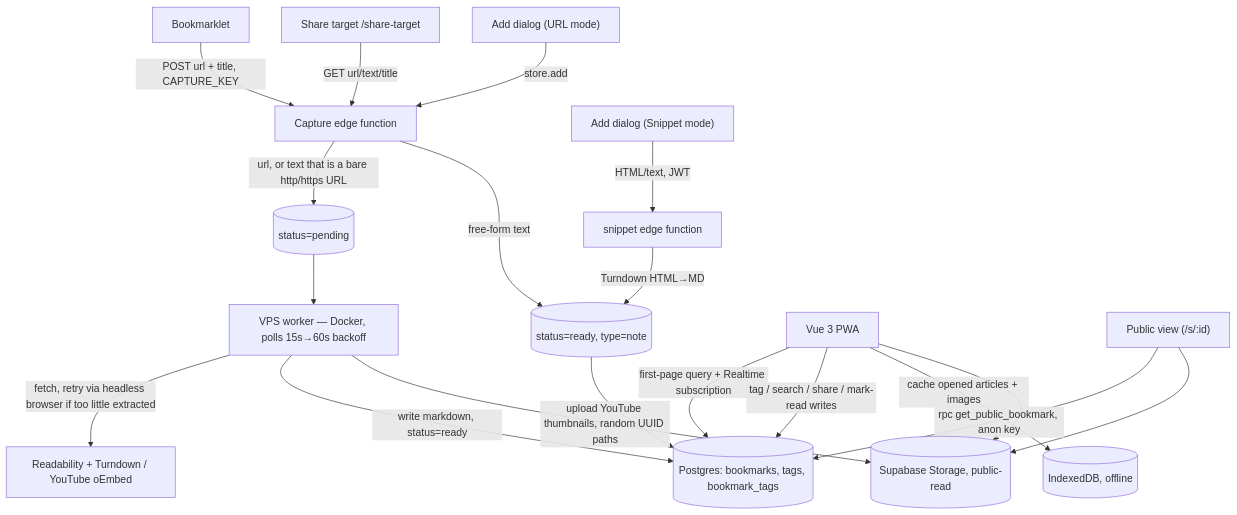
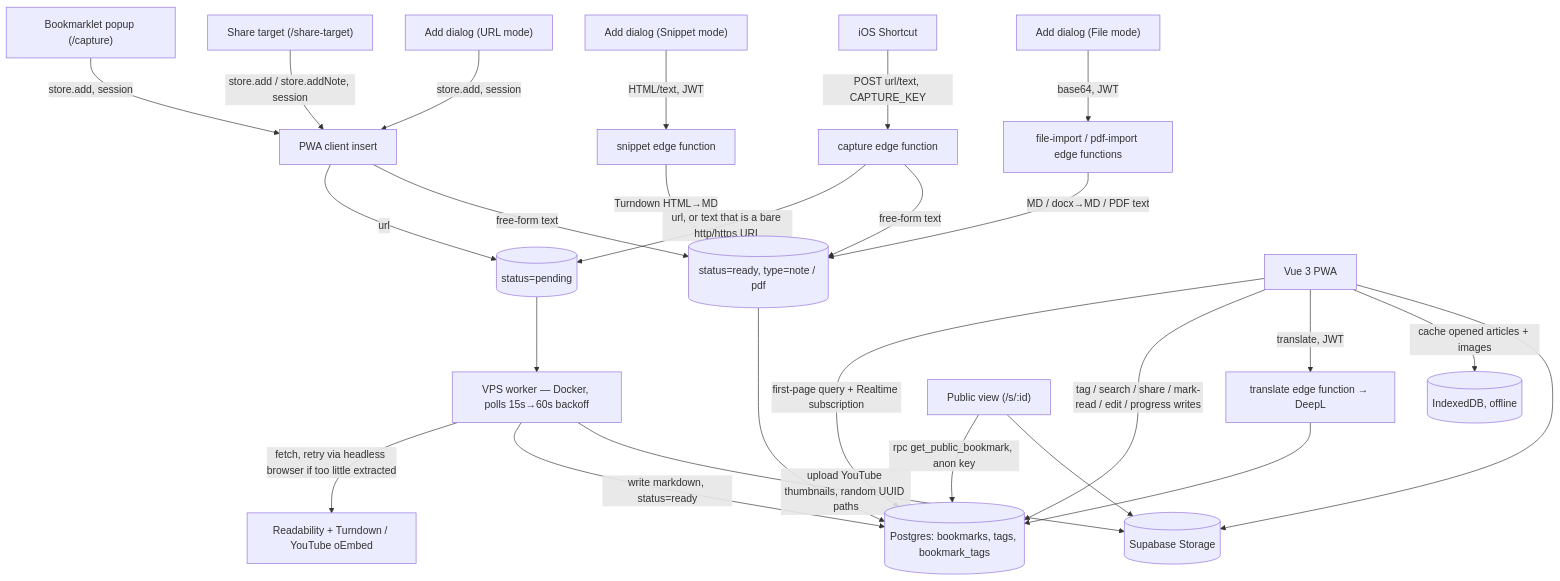
One commit to d-mv/readlater changed the diagram in docs/architecture.md. Above: the diagram before and after it, drawn with Mermaid. The commit also changed other lines of this file and 16 other files, not shown here.

First line of the commit message:
docs: consolidate open work into plan.md, refresh architecture, drop obsolete docs

````diff
--- a/docs/architecture.md
+++ b/docs/architecture.md
@@ -13,21 +13,28 @@
 ```mermaid
 flowchart TD
-    A[Bookmarklet] -->|POST url + title, CAPTURE_KEY| Cap[Capture edge function]
-    ST[Share target /share-target] -->|GET url/text/title| Cap
-    Dlg["Add dialog (URL mode)"] -->|store.add| Cap
+    BM["Bookmarklet popup (/capture)"] -->|store.add, session| Client[PWA client insert]
+    ST["Share target (/share-target)"] -->|store.add / store.addNote, session| Client
+    Dlg["Add dialog (URL mode)"] -->|store.add, session| Client
+    Short[iOS Shortcut] -->|POST url/text, CAPTURE_KEY| Cap[capture edge function]
     Snip["Add dialog (Snippet mode)"] -->|HTML/text, JWT| Snippet[snippet edge function]
-    Cap -->|url, or text that is a bare http/https URL| Pending[(status=pending)]
-    Cap -->|free-form text| Ready[(status=ready, type=note)]
+    File["Add dialog (File mode)"] -->|base64, JWT| FileFn[file-import / pdf-import edge functions]
+    Client -->|url| Pending[(status=pending)]
+    Client -->|free-form text| Ready[(status=ready, type=note / pdf)]
+    Cap -->|url, or text that is a bare http/https URL| Pending
+    Cap -->|free-form text| Ready
     Snippet -->|Turndown HTML→MD| Ready
+    FileFn -->|MD / docx→MD / PDF text| Ready
     Pending --> Worker[VPS worker — Docker, polls 15s→60s backoff]
     Worker -->|fetch, retry via headless browser if too little extracted| Parse[Readability + Turndown / YouTube oEmbed]
     Worker -->|write markdown, status=ready| DB[(Postgres: bookmarks, tags, bookmark_tags)]
     Ready --> DB
-    Worker -->|upload YouTube thumbnails, random UUID paths| Storage[(Supabase Storage, public-read)]
+    Worker -->|upload YouTube thumbnails, random UUID paths| Storage[(Supabase Storage)]
     PWA[Vue 3 PWA] -->|first-page query + Realtime subscription| DB
-    PWA -->|tag / search / share / mark-read writes| DB
+    PWA -->|tag / search / share / mark-read / edit / progress writes| DB
+    PWA -->|translate, JWT| Translate[translate edge function → DeepL]
+    Translate --> DB
     PWA -->|cache opened articles + images| IDB[(IndexedDB, offline)]
     Public["Public view (/s/:id)"] -->|rpc get_public_bookmark, anon key| DB
     PWA --> Storage
     Public --> Storage
 ```
````
